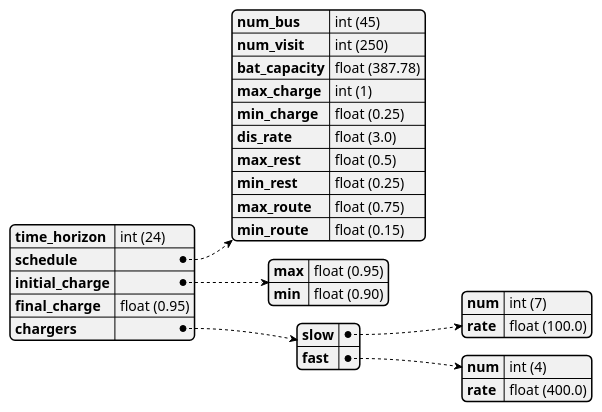
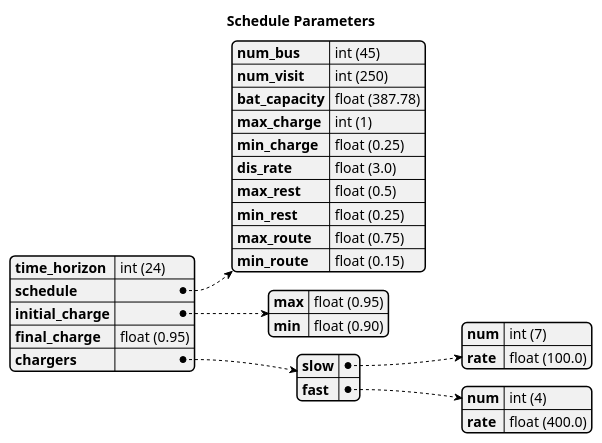
Before and after one commit to alexb7711/sa-pap: the diagram in uml/schedule_yaml.puml, drawn with PlantUML.

Commit message:
Forgot to add title to schedule_yaml.puml

```diff
--- a/uml/schedule_yaml.puml
+++ b/uml/schedule_yaml.puml
@@ -1,34 +1,36 @@
 @startyaml
+
+title Schedule Parameters
 
 ' Time horizon information
 time_horizon: int (24)                 # [hr]
 
 ' Schedule information
 schedule:
   num_bus: int (45)
   num_visit: int (250)
   bat_capacity: float (387.78)         # [KWh]
   max_charge: int (1)                  # [0-1]
   min_charge: float (0.25)             # [0-1]
   dis_rate: float (3.0)                # [Kw]
   max_rest: float (0.5)                # [hr]
   min_rest: float (0.25)               # [hr]
   max_route: float (0.75)              # [hr]
   min_route: float (0.15)              # [hr]
 
 ' Bus initial/final charge information
 initial_charge:
   max: float (0.95)                    # [0-1]
   min: float (0.90)                    # [0-1]
 final_charge: float (0.95)             # [0-1]
 
 ' Charger information
 chargers:
   slow:
     num: int (7)
     rate: float (100.0)                # [Kw]
   fast:
     num: int (4)
     rate: float (400.0)                # [Kw]
 
 @endyaml
```
